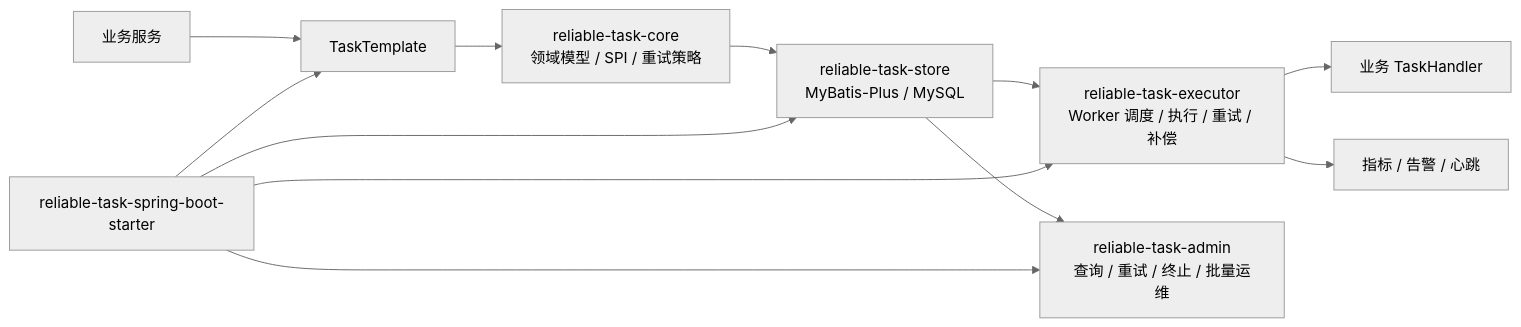
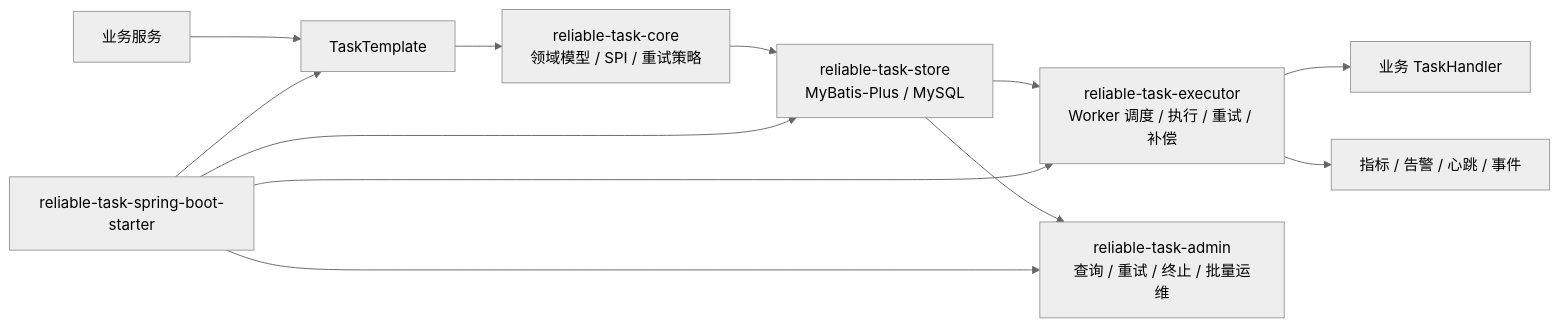
The diagram in README.zh-CN.md (naruto863/reliable-task), drawn with Mermaid (neutral theme) before and after one commit. The commit also changed other lines of this file and 75 other files, not shown here.

````diff
--- a/README.zh-CN.md
+++ b/README.zh-CN.md
@@ -76,14 +80,14 @@
 ```mermaid
 flowchart LR
     A["业务服务"] --> B["TaskTemplate"]
     B --> C["reliable-task-core<br/>领域模型 / SPI / 重试策略"]
     C --> D["reliable-task-store<br/>MyBatis-Plus / MySQL"]
     D --> E["reliable-task-executor<br/>Worker 调度 / 执行 / 重试 / 补偿"]
     E --> F["业务 TaskHandler"]
-    E --> G["指标 / 告警 / 心跳"]
+    E --> G["指标 / 告警 / 心跳 / 事件"]
     D --> H["reliable-task-admin<br/>查询 / 重试 / 终止 / 批量运维"]
     I["reliable-task-spring-boot-starter"] --> B
     I --> D
     I --> E
     I --> H
 ```
````
